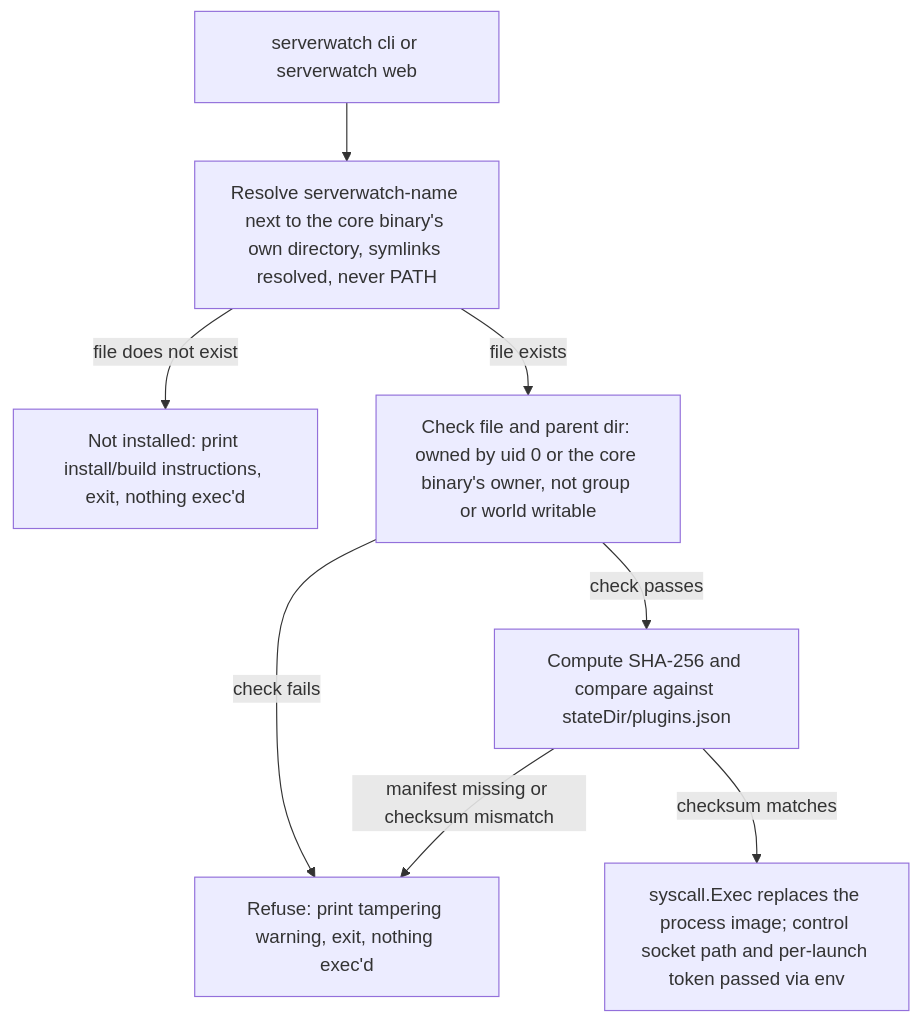
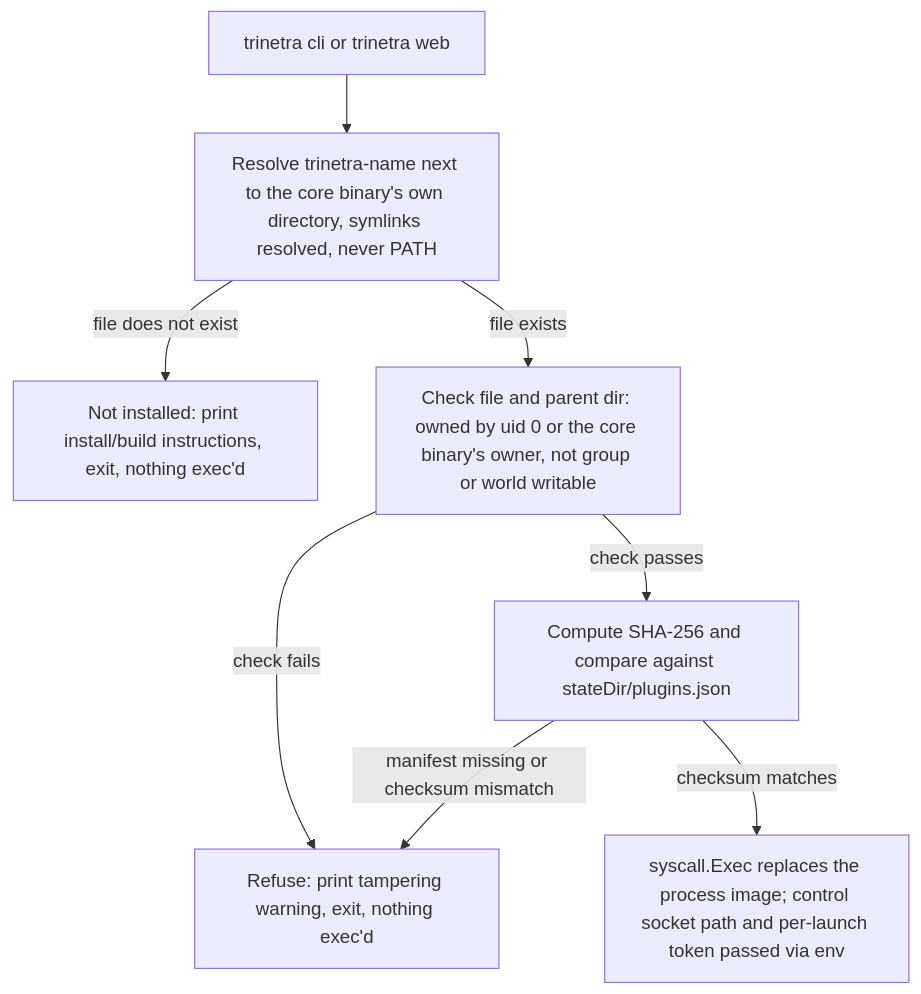
Before and after one commit to InfoDiveLabs/trinetra: the third of 7 diagrams in docs/handbook/02-architecture.md, drawn with Mermaid. The commit also changed other lines of this file and 20 other files, not shown here.

````diff
--- a/docs/handbook/02-architecture.md
+++ b/docs/handbook/02-architecture.md
@@ -307,10 +307,10 @@
 ```mermaid
 flowchart TD
-  start[serverwatch cli or serverwatch web] --> resolve[Resolve serverwatch-name next to the core binary's own directory, symlinks resolved, never PATH]
+  start[trinetra cli or trinetra web] --> resolve[Resolve trinetra-name next to the core binary's own directory, symlinks resolved, never PATH]
   resolve -->|file does not exist| notinstalled[Not installed: print install/build instructions, exit, nothing exec'd]
   resolve -->|file exists| owner[Check file and parent dir: owned by uid 0 or the core binary's owner, not group or world writable]
   owner -->|check fails| refuse[Refuse: print tampering warning, exit, nothing exec'd]
   owner -->|check passes| checksum[Compute SHA-256 and compare against stateDir/plugins.json]
   checksum -->|manifest missing or checksum mismatch| refuse
   checksum -->|checksum matches| exec[syscall.Exec replaces the process image; control socket path and per-launch token passed via env]
 ```
````
